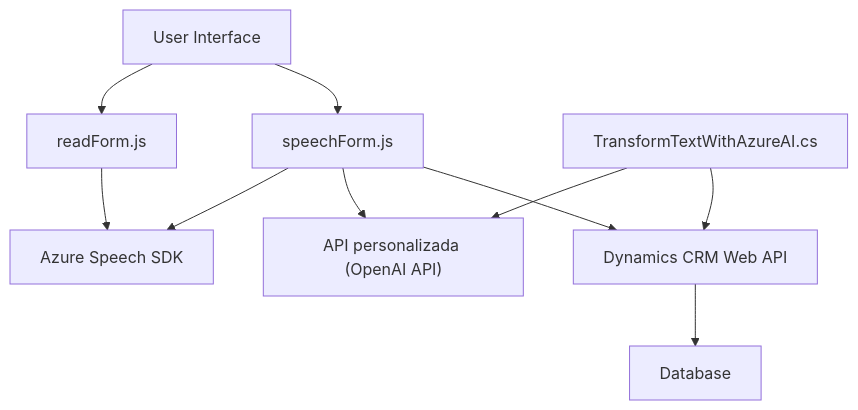
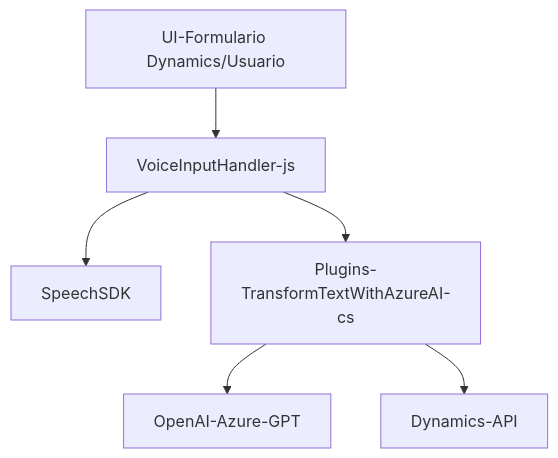
Before and after one commit to blopezdm/NETCORE_BILBAO2025: the diagram in README.md, drawn with Mermaid. The commit also changed other lines of this file, not shown here.

````diff
--- a/README.md
+++ b/README.md
@@ -46,21 +52,15 @@
 ```mermaid
 graph TD
-    A["User Interface"]
-    B["readForm.js"]
-    C["speechForm.js"]
-    D["Azure Speech SDK"]
-    E["API personalizada (OpenAI API)"]
-    F["TransformTextWithAzureAI.cs"]
-    G["Dynamics CRM Web API"]
-    H["Database"]
+    A["UI-Formulario Dynamics/Usuario"]
+    B["VoiceInputHandler-js"]
+    C["SpeechSDK"]
+    D["Plugins-TransformTextWithAzureAI-cs"]
+    E1["OpenAI-Azure-GPT"]
+    E2["Dynamics-API"]
 
-    A-->B
-    A-->C
-    B-->D
-    C-->D
-    C-->E
-    F-->E
-    F-->G
-    G-->H
-    C-->G
+    A --> B
+    B --> C
+    B --> D
+    D --> E1
+    D --> E2
 ```
````
